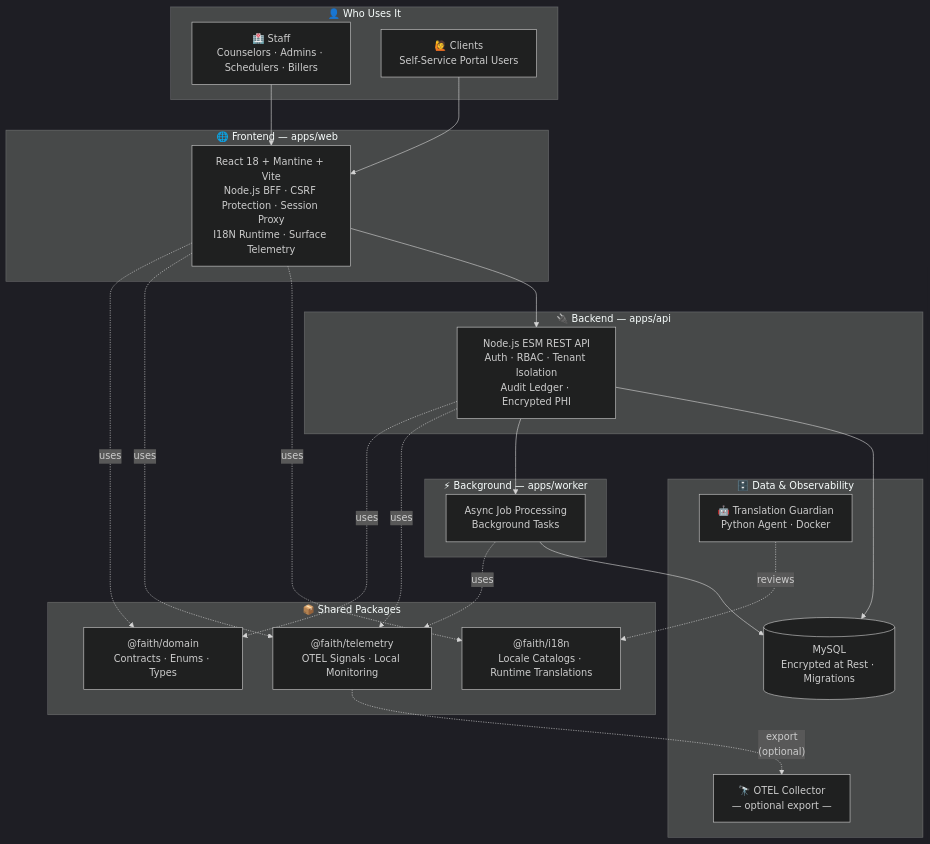
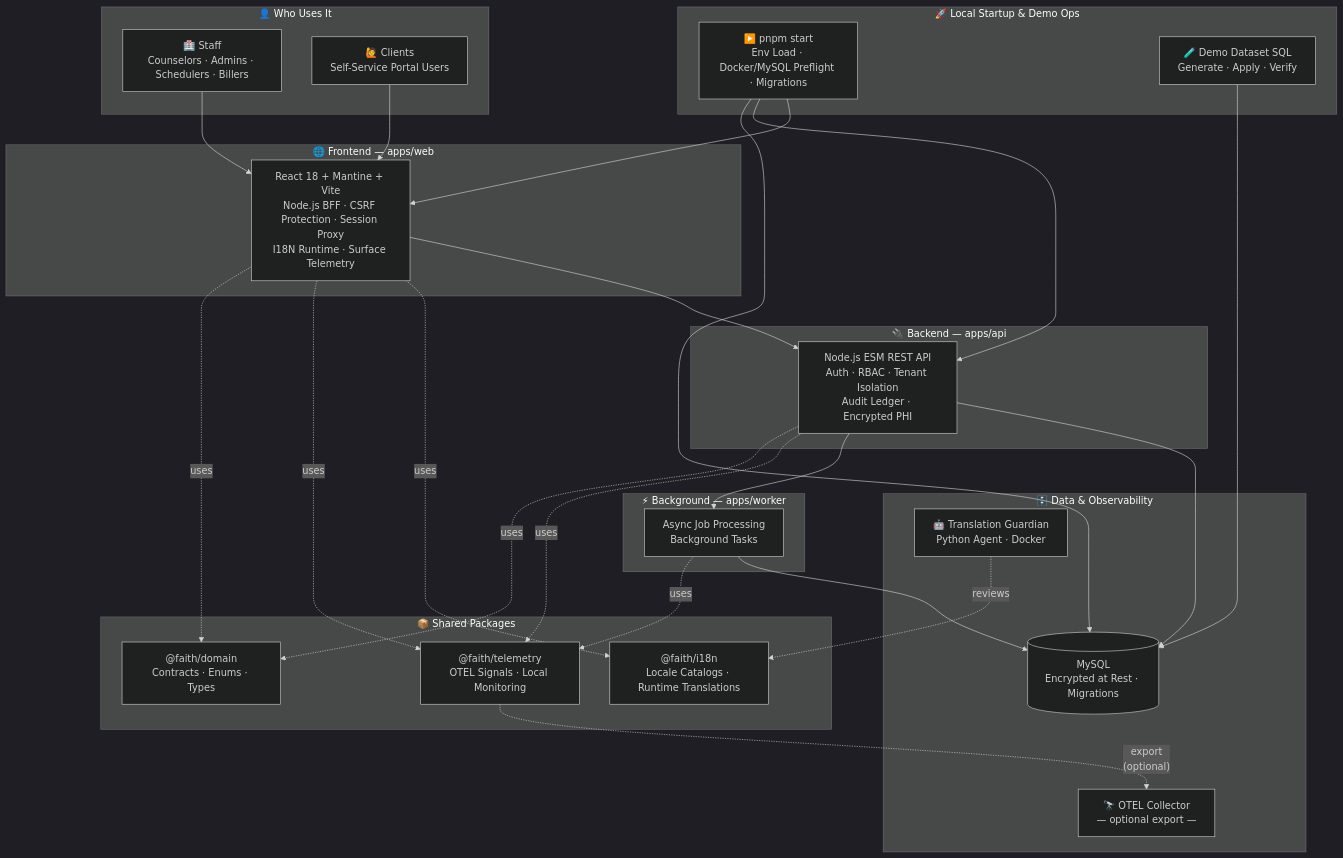
Before and after one commit to ricardojjulia/ChurchCoreCare: the diagram in README.md, drawn with Mermaid (dark theme). The commit also changed other lines of this file and 1 other file, not shown here.

Commit message:
docs: refresh readme welcome and architecture

````diff
--- a/README.md
+++ b/README.md
@@ -135,48 +143,57 @@
 ```mermaid
 flowchart TB
     subgraph users[" 👤  Who Uses It "]
         STAFF["🏥 Staff\nCounselors · Admins · Schedulers · Billers"]
         CLIENT["🙋 Clients\nSelf-Service Portal Users"]
     end
 
     subgraph frontend[" 🌐  Frontend — apps/web "]
         WEB["React 18 + Mantine + Vite\nNode.js BFF · CSRF Protection · Session Proxy\nI18N Runtime · Surface Telemetry"]
     end
 
     subgraph backend[" 🔌  Backend — apps/api "]
         API["Node.js ESM REST API\nAuth · RBAC · Tenant Isolation\nAudit Ledger · Encrypted PHI"]
     end
 
     subgraph worker[" ⚡  Background — apps/worker "]
         WRK["Async Job Processing\nBackground Tasks"]
     end
 
     subgraph packages[" 📦  Shared Packages "]
         DOM["@faith/domain\nContracts · Enums · Types"]
         I18N["@faith/i18n\nLocale Catalogs · Runtime Translations"]
         TEL["@faith/telemetry\nOTEL Signals · Local Monitoring"]
     end
 
+    subgraph ops[" 🚀  Local Startup & Demo Ops "]
+        START["▶️ pnpm start\nEnv Load · Docker/MySQL Preflight · Migrations"]
+        DEMO["🧪 Demo Dataset SQL\nGenerate · Apply · Verify"]
+    end
+
     subgraph infra[" 🗄️  Data & Observability "]
         DB[("MySQL\nEncrypted at Rest · Migrations")]
         OTEL["🔭 OTEL Collector\n— optional export —"]
         AGENT["🤖 Translation Guardian\nPython Agent · Docker"]
     end
 
     STAFF --> WEB
     CLIENT --> WEB
     WEB --> API
     API --> DB
     API --> WRK
     WRK --> DB
 
     WEB -. uses .-> I18N
     WEB -. uses .-> TEL
     WEB -. uses .-> DOM
     API -. uses .-> TEL
     API -. uses .-> DOM
     WRK -. uses .-> TEL
+    START --> WEB
+    START --> API
+    START --> DB
+    DEMO --> DB
 
     TEL -.->|"export\n(optional)"| OTEL
     AGENT -.->|"reviews"| I18N
 ```
````
